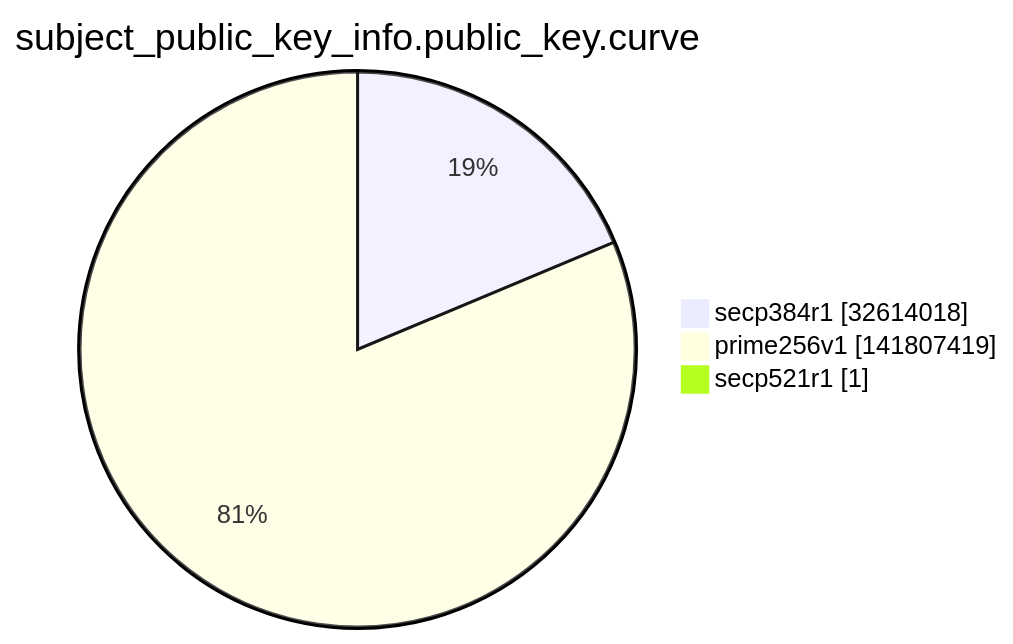
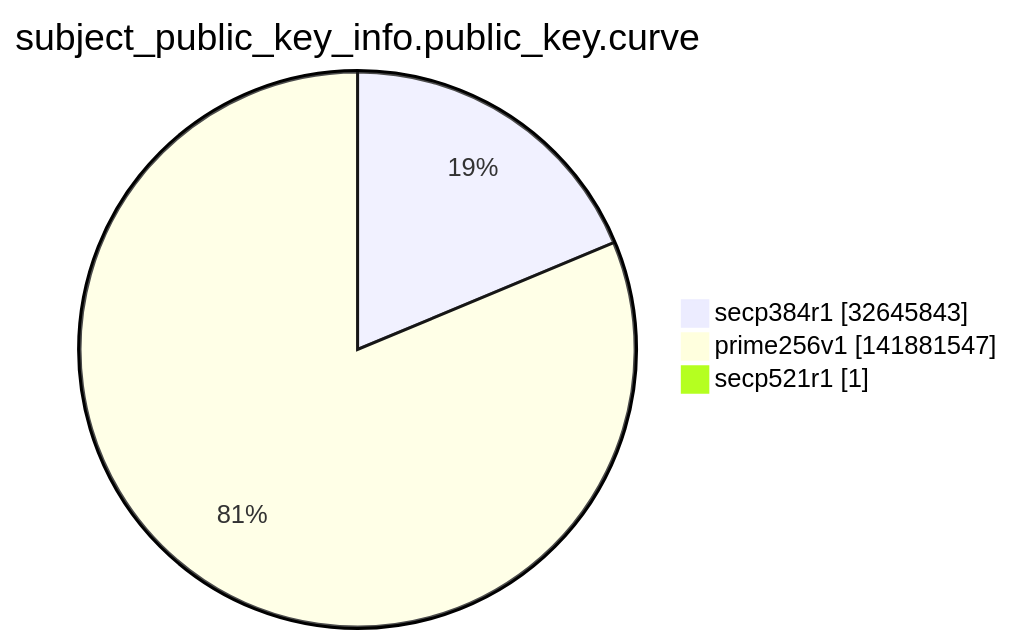
Before and after one commit to christiankrug/ctmonitor_visualization: the ninth of 15 diagrams in argon2022/README.md, drawn with Mermaid. The commit also changed other lines of this file, not shown here.

````diff
--- a/argon2022/README.md
+++ b/argon2022/README.md
@@ -2763,7 +2763,7 @@
 ```mermaid
 pie showData
 title subject_public_key_info.public_key.curve
-"secp384r1" :32614018
-"prime256v1" :141807419
+"secp384r1" :32645843
+"prime256v1" :141881547
 "secp521r1" :1
 ```
````
